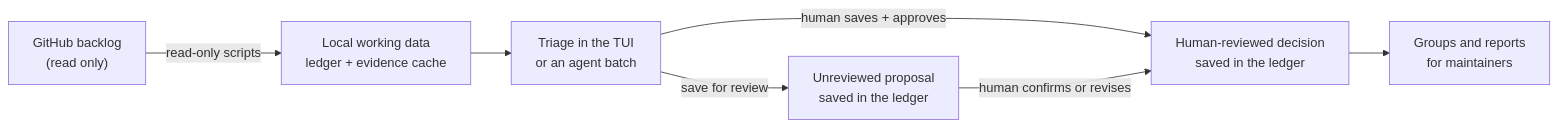
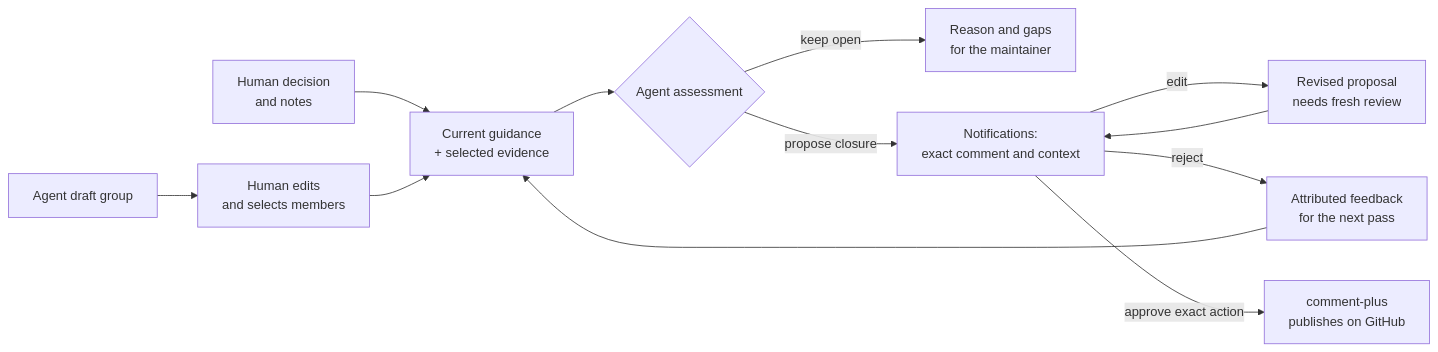
The diagram in README.md (EFrMG/triage-o-mator), drawn with Mermaid before and after one commit. The commit also changed other lines of this file and 23 other files, not shown here.

````diff
--- a/README.md
+++ b/README.md
@@ -53,16 +23,11 @@
 ```mermaid
 flowchart LR
-    GH["GitHub backlog<br/>(read only)"]
-    LOCAL["Local working data<br/>ledger + evidence cache"]
-    TRIAGE["Triage in the TUI<br/>or an agent batch"]
-    PROPOSAL["Unreviewed proposal<br/>saved in the ledger"]
-    REVIEWED["Human-reviewed decision<br/>saved in the ledger"]
-    HANDOFF["Groups and reports<br/>for maintainers"]
-
-    GH -->|"read-only scripts"| LOCAL
-    LOCAL --> TRIAGE
-    TRIAGE -->|"save for review"| PROPOSAL
-    TRIAGE -->|"human saves + approves"| REVIEWED
-    PROPOSAL -->|"human confirms or revises"| REVIEWED
-    REVIEWED --> HANDOFF
+    HUMAN["Human decision<br/>and notes"] --> CONTEXT["Current guidance<br/>+ selected evidence"]
+    GROUP["Agent draft group"] --> EDIT["Human edits<br/>and selects members"] --> CONTEXT
+    CONTEXT --> AGENT{"Agent assessment"}
+    AGENT -->|"keep open"| OPEN["Reason and gaps<br/>for the maintainer"]
+    AGENT -->|"propose closure"| NOTICE["Notifications:<br/>exact comment and context"]
+    NOTICE -->|"edit"| REVIEW["Revised proposal<br/>needs fresh review"] --> NOTICE
+    NOTICE -->|"reject"| FEEDBACK["Attributed feedback<br/>for the next pass"] --> CONTEXT
+    NOTICE -->|"approve exact action"| WRITE["comment-plus<br/>publishes on GitHub"]
 ```
````
